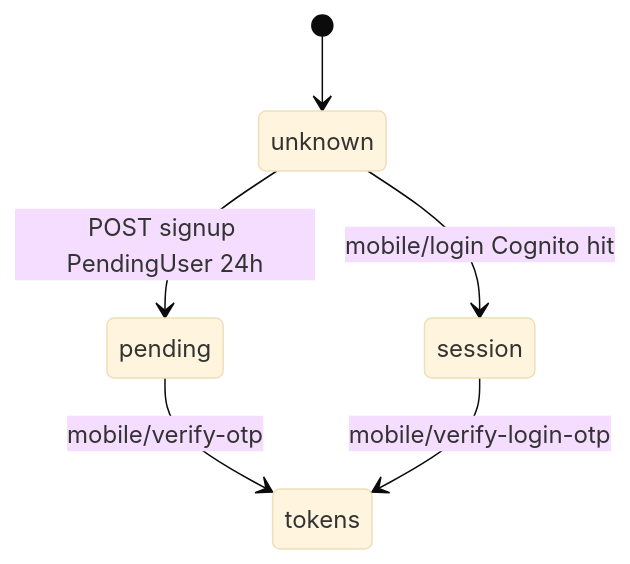
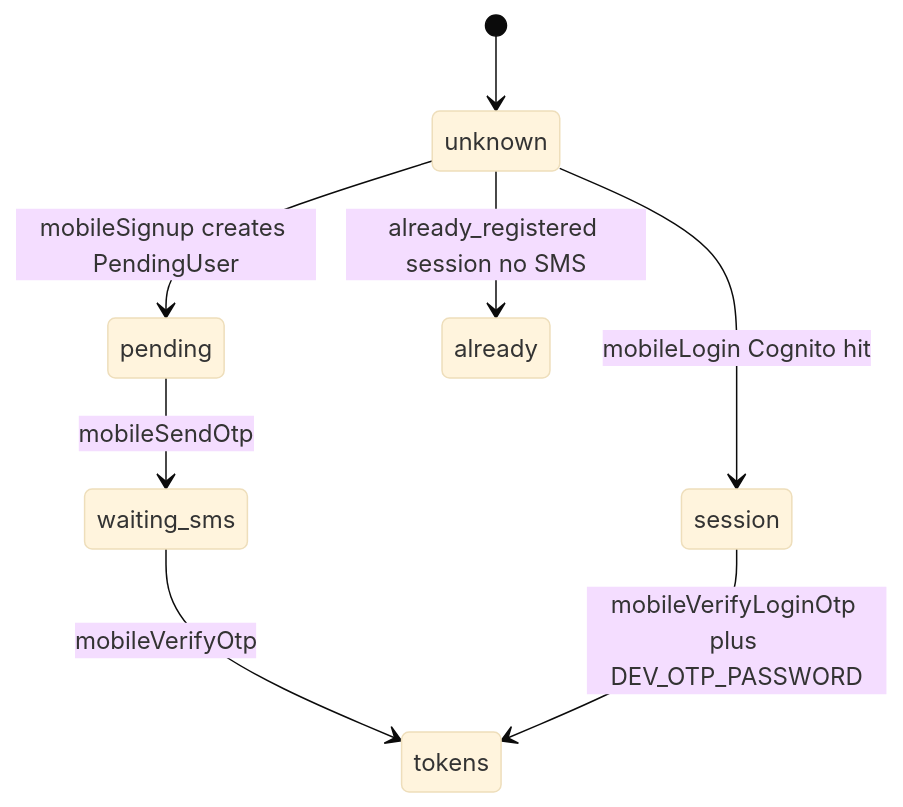
The second of 2 diagrams in systems/mobile-auth-sns-otp.mdx (HarryNguyenTimoto/timoto_space), drawn with Mermaid (base theme) before and after one commit. The commit also changed other lines of this file, not shown here.

````diff
--- a/systems/mobile-auth-sns-otp.mdx
+++ b/systems/mobile-auth-sns-otp.mdx
@@ -48,8 +55,10 @@
 ```mermaid
 stateDiagram-v2
   [*] --> unknown
-  unknown --> pending: POST signup PendingUser 24h
-  pending --> tokens: mobile/verify-otp
-  unknown --> session: mobile/login Cognito hit
-  session --> tokens: mobile/verify-login-otp
+  unknown --> pending: mobileSignup creates PendingUser
+  unknown --> already: already_registered session no SMS
+  pending --> waiting_sms: mobileSendOtp
+  waiting_sms --> tokens: mobileVerifyOtp
+  unknown --> session: mobileLogin Cognito hit
+  session --> tokens: mobileVerifyLoginOtp plus DEV_OTP_PASSWORD
 ```
````
